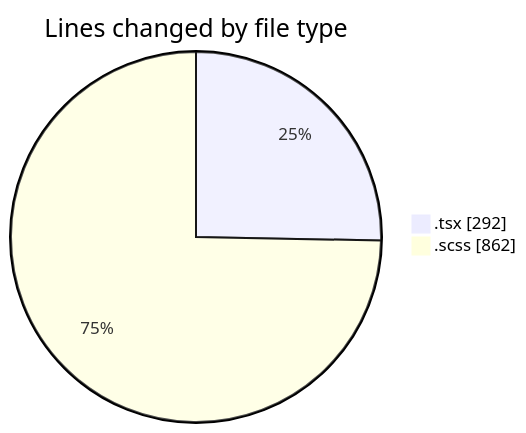
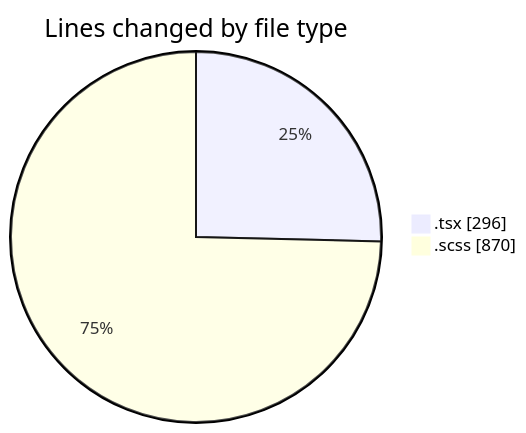
Before and after one commit to momahboobian/code-tracking: the first of 2 diagrams in 2025-09-19/cda/README.md, drawn with Mermaid. The commit also changed other lines of this file and 1 other file, not shown here.

````diff
--- a/2025-09-19/cda/README.md
+++ b/2025-09-19/cda/README.md
@@ -21,6 +21,6 @@
 ```mermaid
 pie showData
 title Lines changed by file type
-".tsx" : 292
-".scss" : 862
+".tsx" : 296
+".scss" : 870
 ```
````
